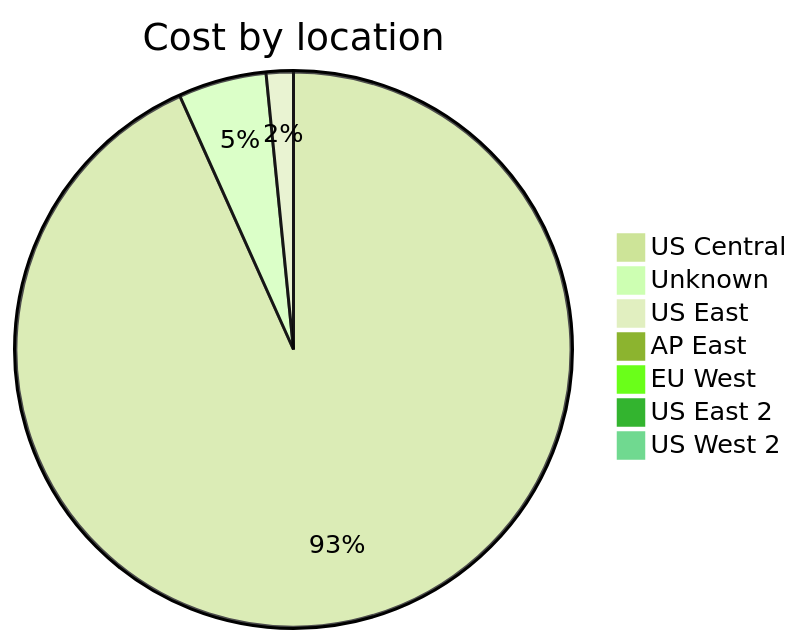
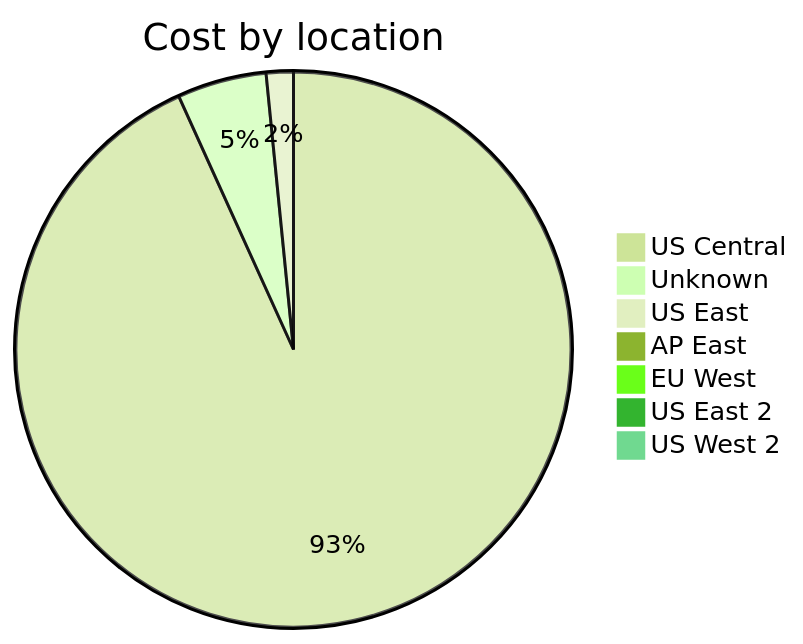
The third of 4 diagrams in cost-reports/accumulated-cost.md (jpfulton/azure-personal-reports), drawn with Mermaid (forest theme) before and after one commit. The commit also changed other lines of this file and 4 other files, not shown here.

````diff
--- a/cost-reports/accumulated-cost.md
+++ b/cost-reports/accumulated-cost.md
@@ -121,11 +121,11 @@
 ```mermaid
 pie
    title Cost by location
-   "US Central" : 9.46
-   "Unknown" : 0.52
-   "US East" : 0.16
+   "US Central" : 10.05
+   "Unknown" : 0.56
+   "US East" : 0.17
    "AP East" : 0.00
    "EU West" : 0.00
    "US East 2" : 0.00
    "US West 2" : 0.00
 ```
````
